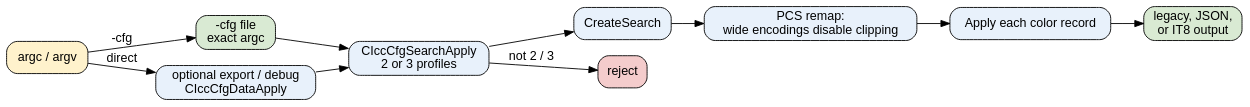
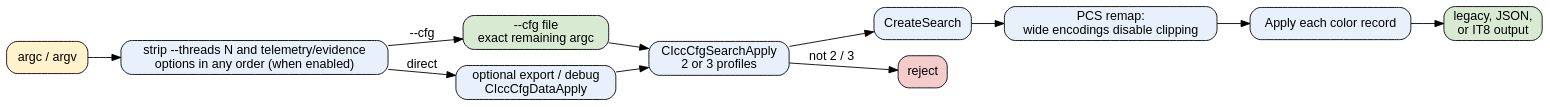
Before and after one commit to InternationalColorConsortium/iccDEV: the diagram in docs/iccapply/diagrams/search-lane.dot, drawn with Graphviz. The commit also changed 72 other files, not shown here.

```diff
--- a/docs/iccapply/diagrams/search-lane.dot
+++ b/docs/iccapply/diagrams/search-lane.dot
@@ -1,20 +1,22 @@
 digraph search_lane {
   graph [rankdir=LR, bgcolor="transparent", fontname="Helvetica"];
   node [shape=box, style="rounded,filled", fontname="Helvetica", fillcolor="#e8f1fb"];
   edge [fontname="Helvetica"];
   entry [label="argc / argv", fillcolor="#fff2cc"];
-  cfg [label="-cfg file\nexact argc", fillcolor="#d9ead3"];
+  global [label="strip --threads N and telemetry/evidence\noptions in any order (when enabled)"];
+  cfg [label="--cfg file\nexact remaining argc", fillcolor="#d9ead3"];
   direct [label="optional export / debug\nCIccCfgDataApply"];
   sequence [label="CIccCfgSearchApply\n2 or 3 profiles"];
   cmm [label="CreateSearch"];
   pcs [label="PCS remap:\nwide encodings disable clipping"];
   apply [label="Apply each color record"];
   output [label="legacy, JSON,\nor IT8 output", fillcolor="#d9ead3"];
   reject [label="reject", fillcolor="#f4cccc"];
-  entry -> cfg [label="-cfg"];
-  entry -> direct [label="direct"];
+  entry -> global;
+  global -> cfg [label="--cfg"];
+  global -> direct [label="direct"];
   cfg -> sequence;
   direct -> sequence;
   sequence -> reject [label="not 2 / 3"];
   sequence -> cmm -> pcs -> apply -> output;
 }
```
